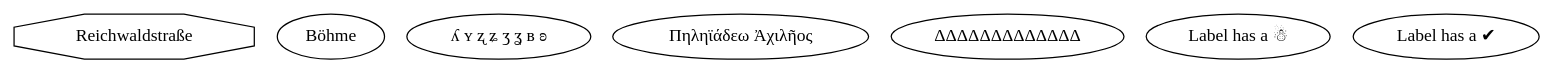
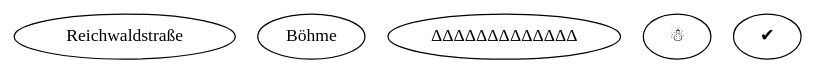
Before and after one commit to graphviz-perl/GraphViz2-Marpa: the diagram in data/utf8.01.gv, drawn with Graphviz. The commit also changed 6 other files, not shown here.

```diff
--- a/data/utf8.01.gv
+++ b/data/utf8.01.gv
@@ -1,18 +1,14 @@
-digraph utf8_01
+digraph utf8_03
 {
 	rankdir = TB
 
-	"Reichwaldstraße" [shape = octagon]
+	"Reichwaldstraße"
 
 	"Böhme"
 
-	Three [ label = "ʎ ʏ ʐ ʑ ʒ ʓ ʙ ʚ"]
-
-	Four  [ label = "Πηληϊάδεω Ἀχιλῆος"]
-
 	"ΔΔΔΔΔΔΔΔΔΔΔΔΔ"
 
-	Snowman [ label = "Label has a ☃"]
+	"☃"
 
-	Tick    [ label = "Label has a ✔"]
+	"✔"
 }
```
